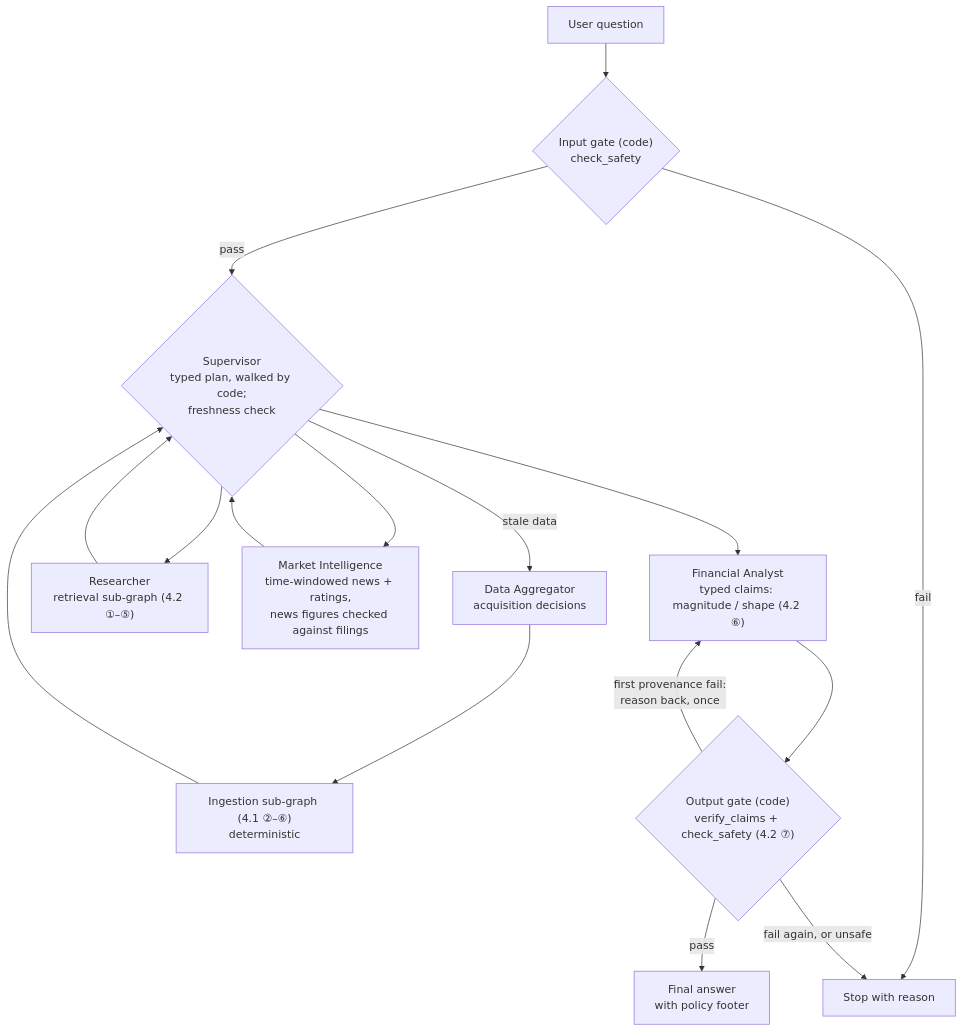
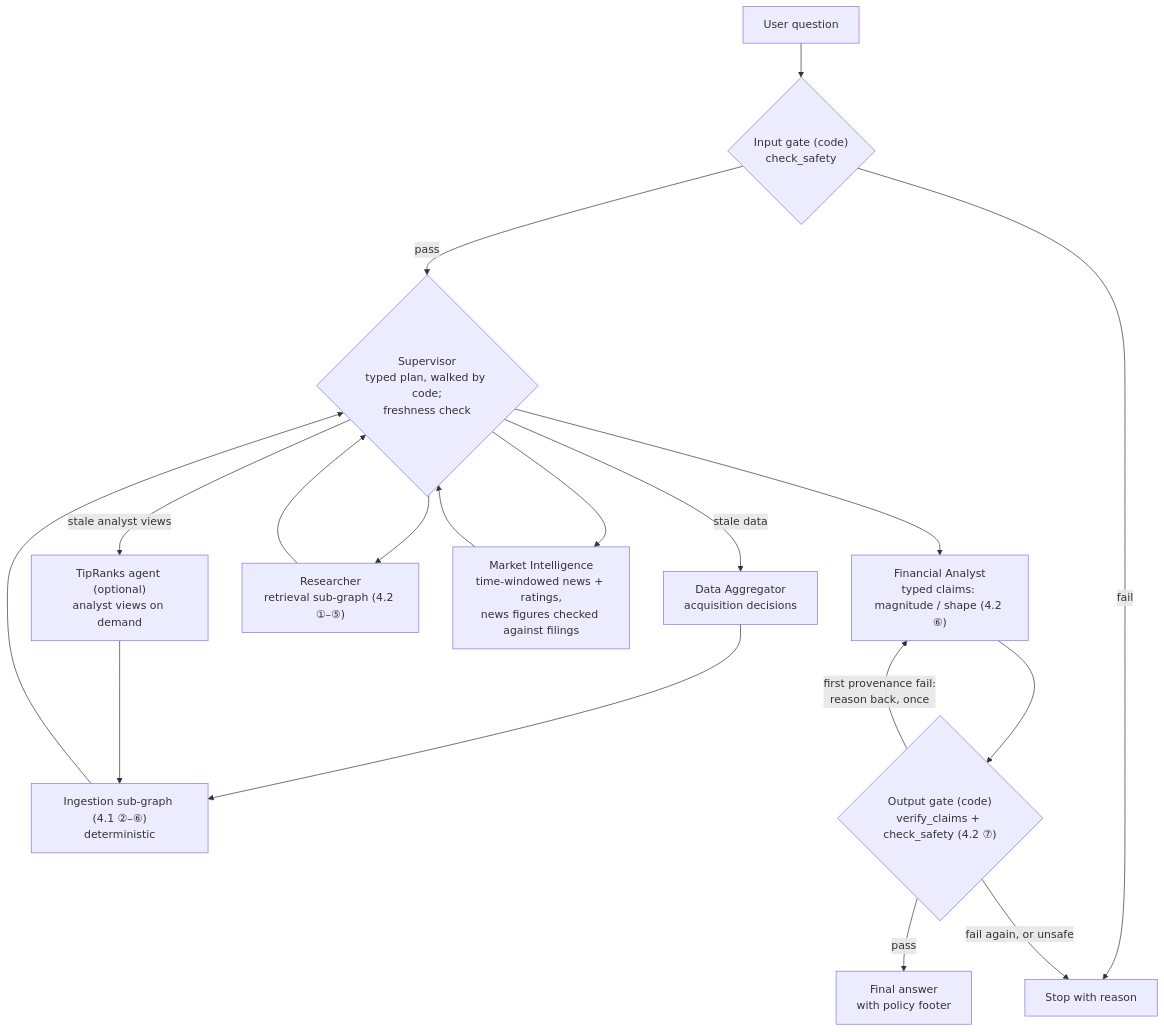
Before and after one commit to chazyman/financial-agent-capstone: the fourth of 5 diagrams in PROPOSAL.md, drawn with Mermaid. The commit also changed other lines of this file and 4 other files, not shown here.

````diff
--- a/PROPOSAL.md
+++ b/PROPOSAL.md
@@ -310,25 +311,27 @@
 ```mermaid
 flowchart TD
     U[User question]
     IG{"Input gate (code)<br/>check_safety"}
     S{"Supervisor<br/>typed plan, walked by code;<br/>freshness check"}
     DA["Data Aggregator<br/>acquisition decisions"]
+    TA["TipRanks agent (optional)<br/>analyst views on demand"]
     ING["Ingestion sub-graph (4.1 ②–⑥)<br/>deterministic"]
     R["Researcher<br/>retrieval sub-graph (4.2 ①–⑤)"]
     MI["Market Intelligence<br/>time-windowed news + ratings,<br/>news figures checked against filings"]
     FA["Financial Analyst<br/>typed claims: magnitude / shape (4.2 ⑥)"]
     OG{"Output gate (code)<br/>verify_claims + check_safety (4.2 ⑦)"}
     ANS["Final answer<br/>with policy footer"]
     STOP["Stop with reason"]
 
     U --> IG
     IG -->|pass| S
     IG -->|fail| STOP
     S -- stale data --> DA --> ING --> S
+    S -- stale analyst views --> TA --> ING
     S --> R --> S
     S --> MI --> S
     S --> FA --> OG
     OG -->|pass| ANS
     OG -->|"first provenance fail:<br/>reason back, once"| FA
     OG -->|"fail again, or unsafe"| STOP
 ```
````
